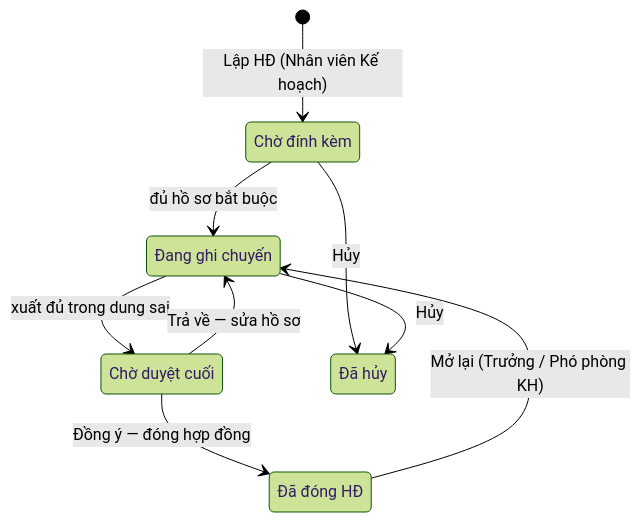
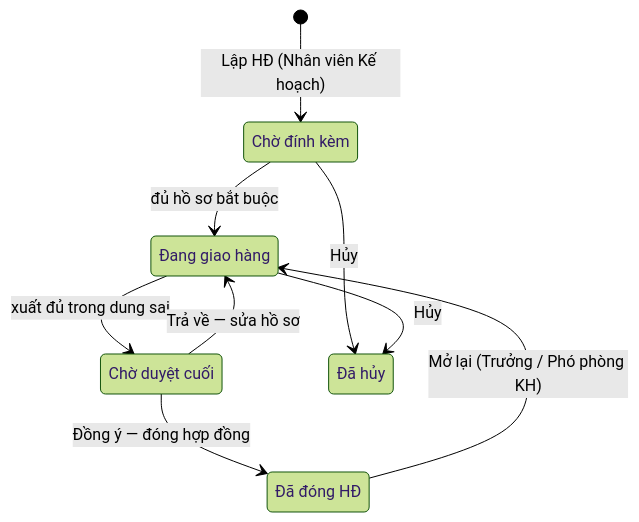
One commit to hoainxm/baseafood changed the first of 4 diagrams in docs/workflows/export-planning.md. Above: the diagram before and after it, drawn with Mermaid (forest theme). The commit also changed other lines of this file and 18 other files, not shown here.

````diff
--- a/docs/workflows/export-planning.md
+++ b/docs/workflows/export-planning.md
@@ -30,16 +33,16 @@
 ```mermaid
 stateDiagram-v2
   [*] --> attaching: Lập HĐ (Nhân viên Kế hoạch)
   attaching --> shipping: đủ hồ sơ bắt buộc
   shipping --> final_review: xuất đủ trong dung sai
   final_review --> closed: Đồng ý — đóng hợp đồng
   final_review --> shipping: Trả về — sửa hồ sơ
   closed --> shipping: Mở lại (Trưởng / Phó phòng KH)
   attaching --> cancelled: Hủy
   shipping --> cancelled: Hủy
   state "Chờ đính kèm" as attaching
-  state "Đang ghi chuyến" as shipping
+  state "Đang giao hàng" as shipping
   state "Chờ duyệt cuối" as final_review
   state "Đã đóng HĐ" as closed
   state "Đã hủy" as cancelled
 ```
````
